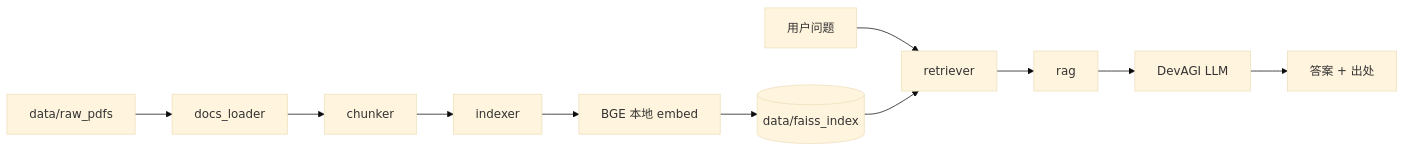
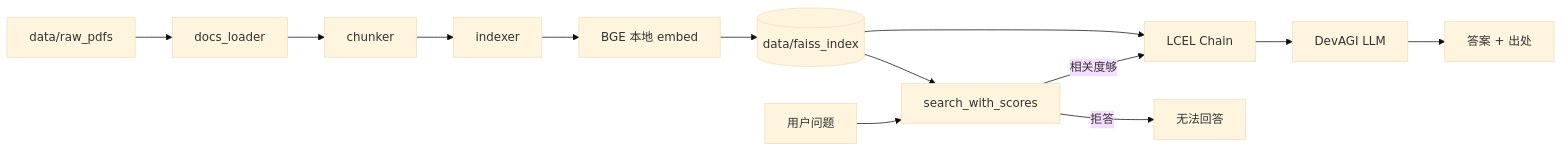
The diagram in README.md (jningc/report-rag), drawn with Mermaid (base theme) before and after one commit. The commit also changed other lines of this file and 3 other files, not shown here.

Commit message:
change ask() RAG编排 手动->LangChain LCEL

````diff
--- a/README.md
+++ b/README.md
@@ -34,14 +35,16 @@
 ```mermaid
 flowchart LR
     PDF[data/raw_pdfs] --> Loader[docs_loader]
     Loader --> Chunker[chunker]
     Chunker --> Indexer[indexer]
     Indexer --> BGE[BGE 本地 embed]
     BGE --> FAISS[(data/faiss_index)]
 
-    Query[用户问题] --> Retriever[retriever]
-    FAISS --> Retriever
-    Retriever --> RAG[rag]
-    RAG --> LLM[DevAGI LLM]
+    Query[用户问题] --> Score[search_with_scores]
+    FAISS --> Score
+    Score -->|相关度够| Chain[LCEL Chain]
+    Score -->|拒答| Refuse[无法回答]
+    FAISS --> Chain
+    Chain --> LLM[DevAGI LLM]
     LLM --> Answer[答案 + 出处]
 ```
````
